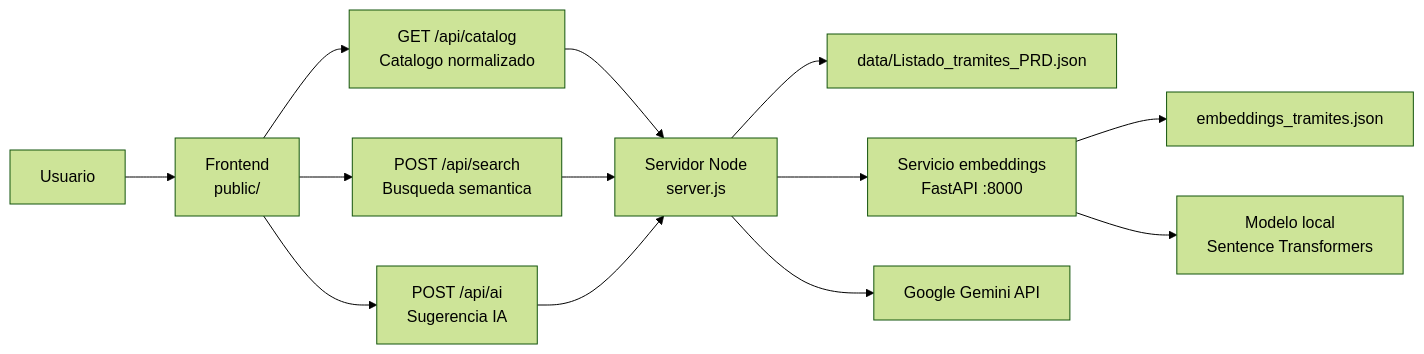
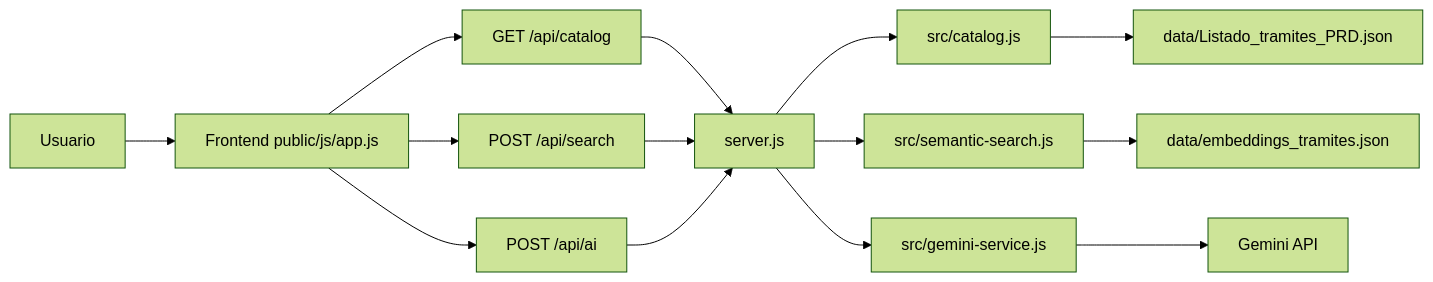
The diagram in DOCUMENTACION.md (francopignanelli/tadi-search), drawn with Mermaid (forest theme) before and after one commit. The commit also changed other lines of this file and 28 other files, not shown here.

````diff
--- a/DOCUMENTACION.md
+++ b/DOCUMENTACION.md
@@ -48,15 +15,16 @@
 ```mermaid
 flowchart LR
-  U["Usuario"] --> F["Frontend\npublic/"]
-  F --> C["GET /api/catalog\nCatalogo normalizado"]
-  F --> S["POST /api/search\nBusqueda semantica"]
-  F --> A["POST /api/ai\nSugerencia IA"]
-  C --> N["Servidor Node\nserver.js"]
+  U["Usuario"] --> F["Frontend public/js/app.js"]
+  F --> C["GET /api/catalog"]
+  F --> S["POST /api/search"]
+  F --> A["POST /api/ai"]
+  C --> N["server.js"]
   S --> N
   A --> N
-  N --> D["data/Listado_tramites_PRD.json"]
-  N --> E["Servicio embeddings\nFastAPI :8000"]
-  E --> V["embeddings_tramites.json"]
-  E --> M["Modelo local\nSentence Transformers"]
-  N --> G["Google Gemini API"]
+  N --> CAT["src/catalog.js"]
+  N --> SEM["src/semantic-search.js"]
+  N --> GEM["src/gemini-service.js"]
+  CAT --> DATA["data/Listado_tramites_PRD.json"]
+  SEM --> VEC["data/embeddings_tramites.json"]
+  GEM --> API["Gemini API"]
 ```
````
